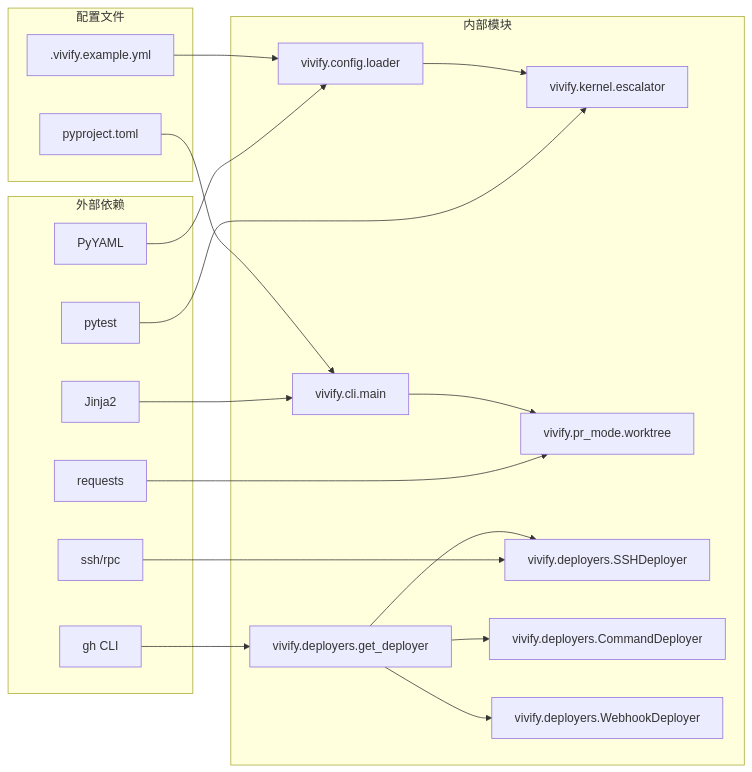
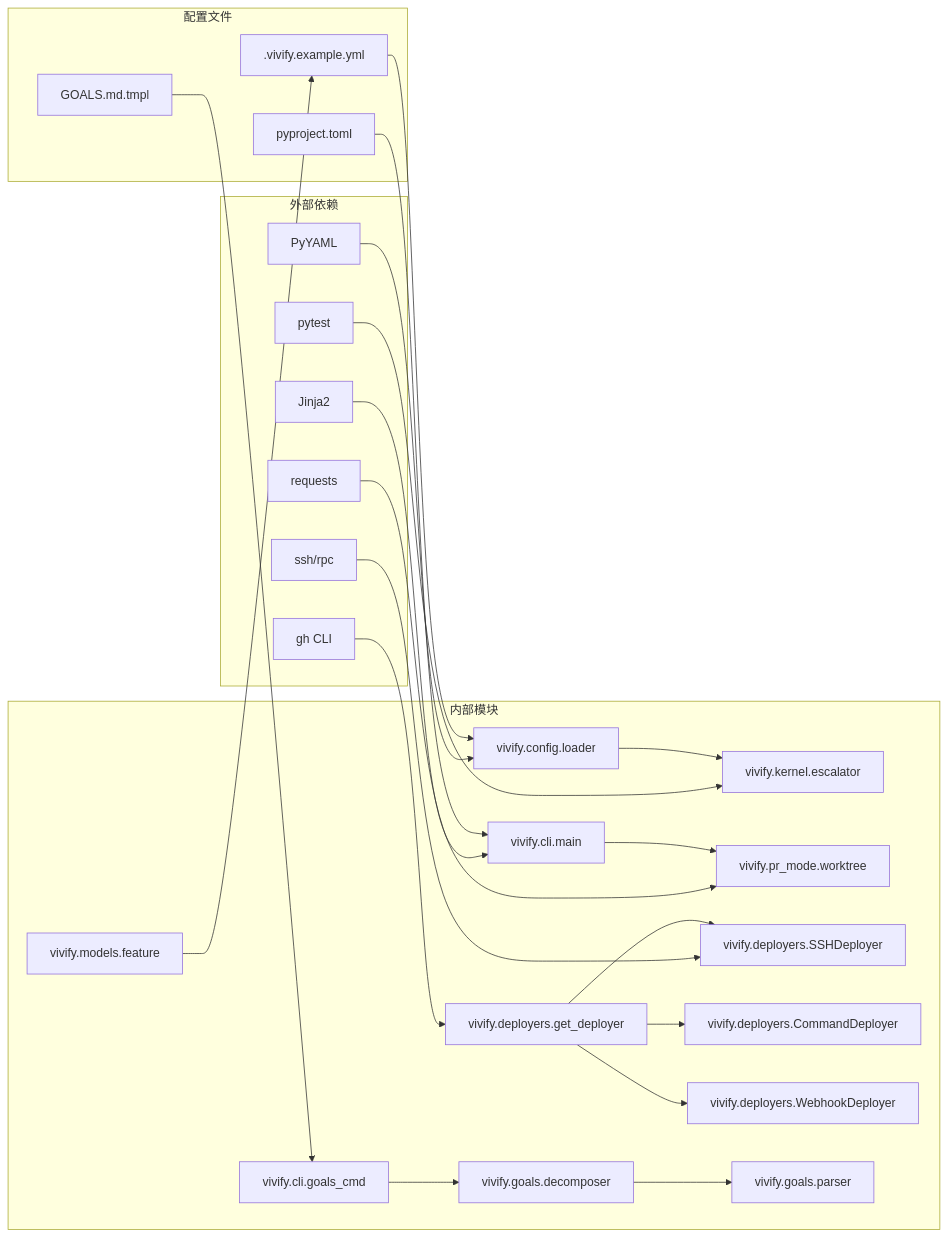
One commit to pinsonchen/vivify changed diagram 12 of 12 in .qoder/repowiki/zh/content/技术实现参考/代码替换策略/核心内核循环和文档更新.md. Above: the diagram before and after it, drawn with Mermaid. The commit also changed other lines of this file and 6 other files, not shown here.

````diff
--- a/.qoder/repowiki/zh/content/技术实现参考/代码替换策略/核心内核循环和文档更新.md
+++ b/.qoder/repowiki/zh/content/技术实现参考/代码替换策略/核心内核循环和文档更新.md
@@ -421,38 +638,47 @@
 ```mermaid
 graph LR
 subgraph "外部依赖"
 A[PyYAML]
 B[Jinja2]
 C[requests]
 D[pytest]
 E[gh CLI]
 F[ssh/rpc]
 end
 subgraph "内部模块"
 G[vivify.kernel.escalator]
 H[vivify.config.loader]
 I[vivify.cli.main]
 J[vivify.pr_mode.worktree]
 K[vivify.deployers.get_deployer]
 L[vivify.deployers.SSHDeployer]
 M[vivify.deployers.CommandDeployer]
 N[vivify.deployers.WebhookDeployer]
+O[vivify.goals.decomposer]
+P[vivify.goals.parser]
+Q[vivify.cli.goals_cmd]
+R[vivify.models.feature]
 end
 subgraph "配置文件"
-O[.vivify.example.yml]
-P[pyproject.toml]
+S[.vivify.example.yml]
+T[pyproject.toml]
+U[GOALS.md.tmpl]
 end
 A --> H
 B --> I
 C --> J
 D --> G
 E --> K
 F --> L
-O --> H
-P --> I
+S --> H
+T --> I
 H --> G
 I --> J
 K --> L
 K --> M
 K --> N
+O --> P
+Q --> O
+R --> S
+U --> Q
 ```
````
